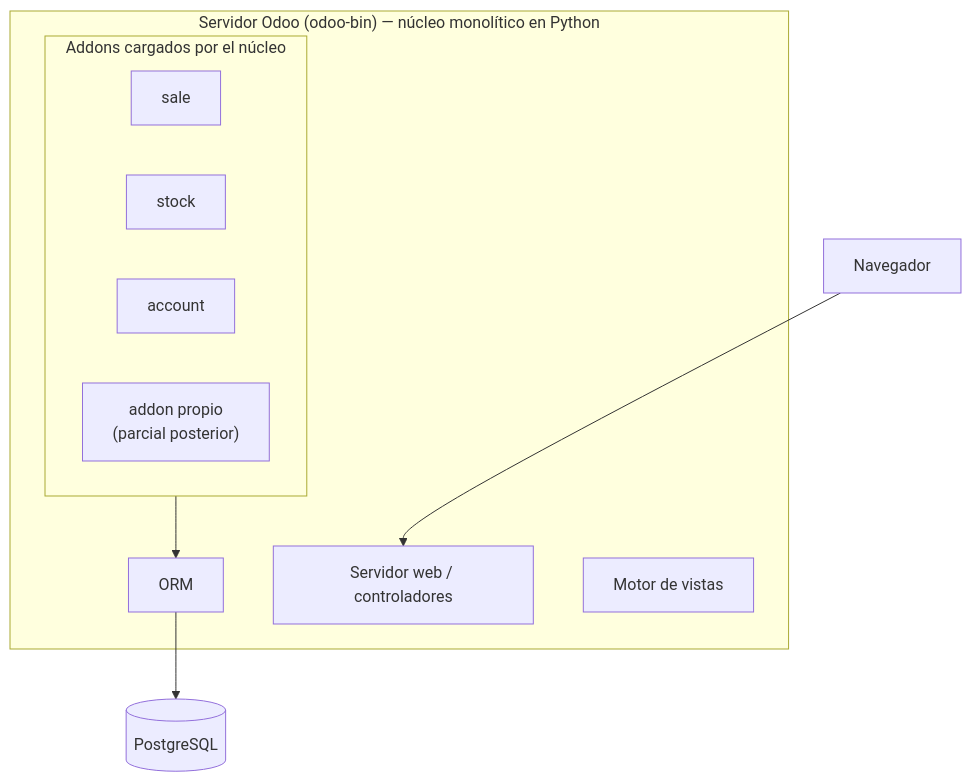
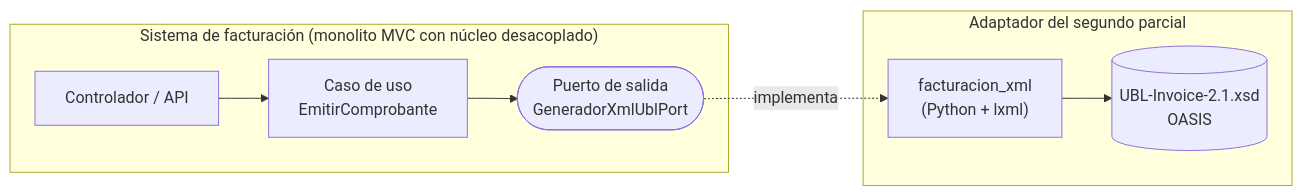
The diagram in docs/segundo-parcial/01-descripcion-caso.md (afgilmer16-svg/proyecto_arquitectura), drawn with Mermaid before and after one commit. The commit also changed other lines of this file and 12 other files, not shown here.

First line of the commit message:
Elimina toda referencia a Odoo y reescribe la justificacion del lenguaje

````diff
--- a/docs/segundo-parcial/01-descripcion-caso.md
+++ b/docs/segundo-parcial/01-descripcion-caso.md
@@ -31,17 +26,15 @@
 ```mermaid
-flowchart TB
-    subgraph Servidor["Servidor Odoo (odoo-bin) — núcleo monolítico en Python"]
-        ORM["ORM"]
-        WEB["Servidor web / controladores"]
-        VIS["Motor de vistas"]
-        subgraph Addons["Addons cargados por el núcleo"]
-            A1["sale"]
-            A2["stock"]
-            A3["account"]
-            A4["addon propio<br/>(parcial posterior)"]
-        end
+flowchart LR
+    subgraph Sistema["Sistema de facturación (monolito MVC con núcleo desacoplado)"]
+        CTRL["Controlador / API"]
+        CASO["Caso de uso<br/>EmitirComprobante"]
+        PUERTO(["Puerto de salida<br/>GeneradorXmlUblPort"])
     end
-    U["Navegador"] --> WEB
-    Addons --> ORM
-    ORM --> DB[("PostgreSQL")]
+    subgraph Adaptador["Adaptador del segundo parcial"]
+        GEN["facturacion_xml<br/>(Python + lxml)"]
+        XSD[("UBL-Invoice-2.1.xsd<br/>OASIS")]
+    end
+    CTRL --> CASO --> PUERTO
+    PUERTO -.implementa.-> GEN
+    GEN --> XSD
 ```
````
